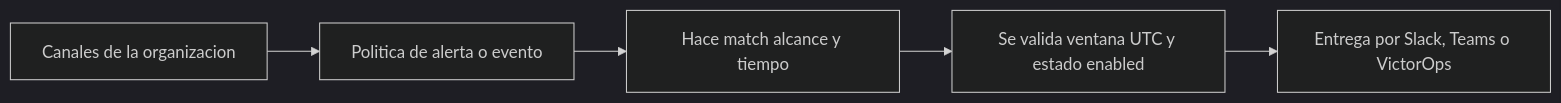
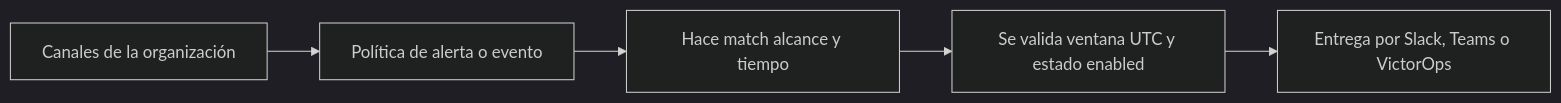
The fifth of 5 diagrams in src/content/docs/es/index.md (Moonin-Lab/Moonin-Docs), drawn with Mermaid (dark theme) before and after one commit. The commit also changed other lines of this file and 84 other files, not shown here.

````diff
--- a/src/content/docs/es/index.md
+++ b/src/content/docs/es/index.md
@@ -116,10 +126,10 @@
 ```mermaid
 flowchart LR
-    A[Canales de la organizacion]
-    B[Politica de alerta o evento]
+    A[Canales de la organización]
+    B[Política de alerta o evento]
     C[Hace match alcance y tiempo]
     D[Se valida ventana UTC y estado enabled]
     E[Entrega por Slack, Teams o VictorOps]
 
     A --> B --> C --> D --> E
 ```
````
